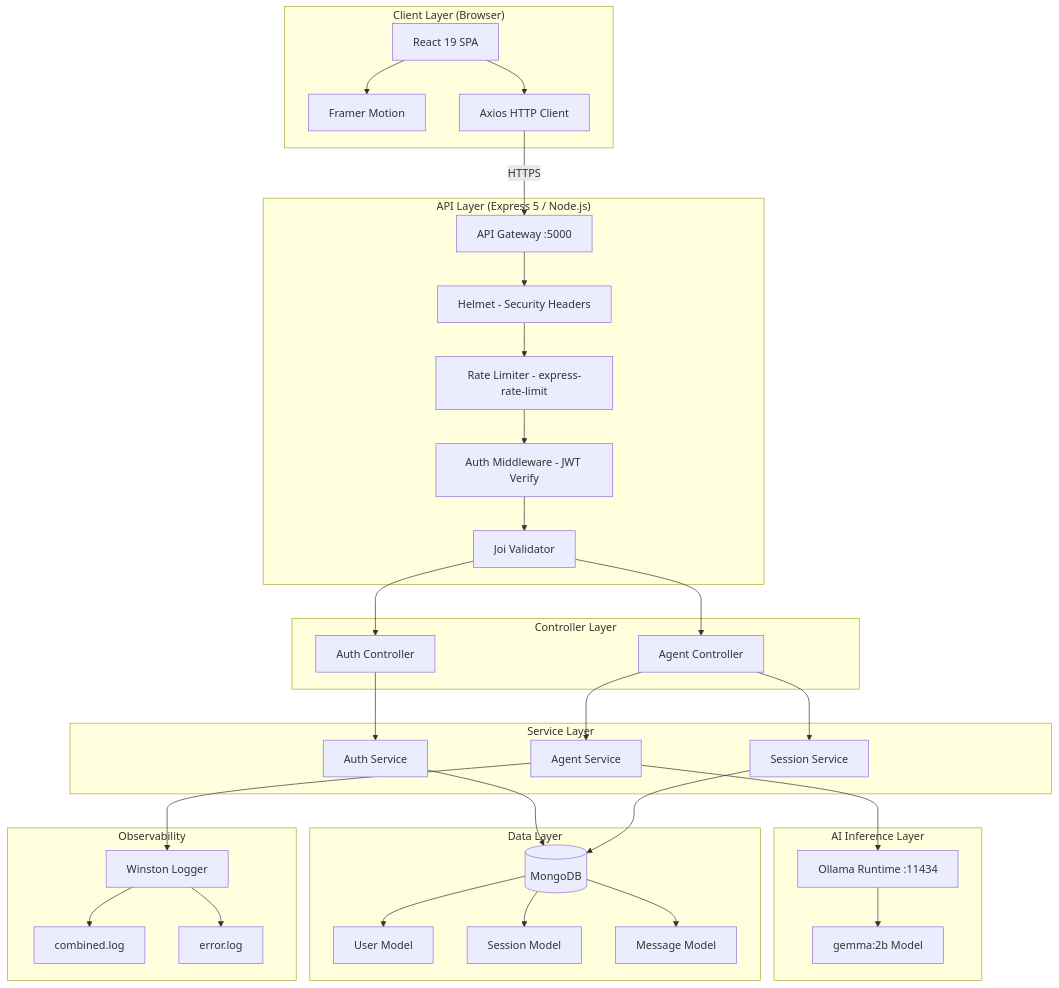
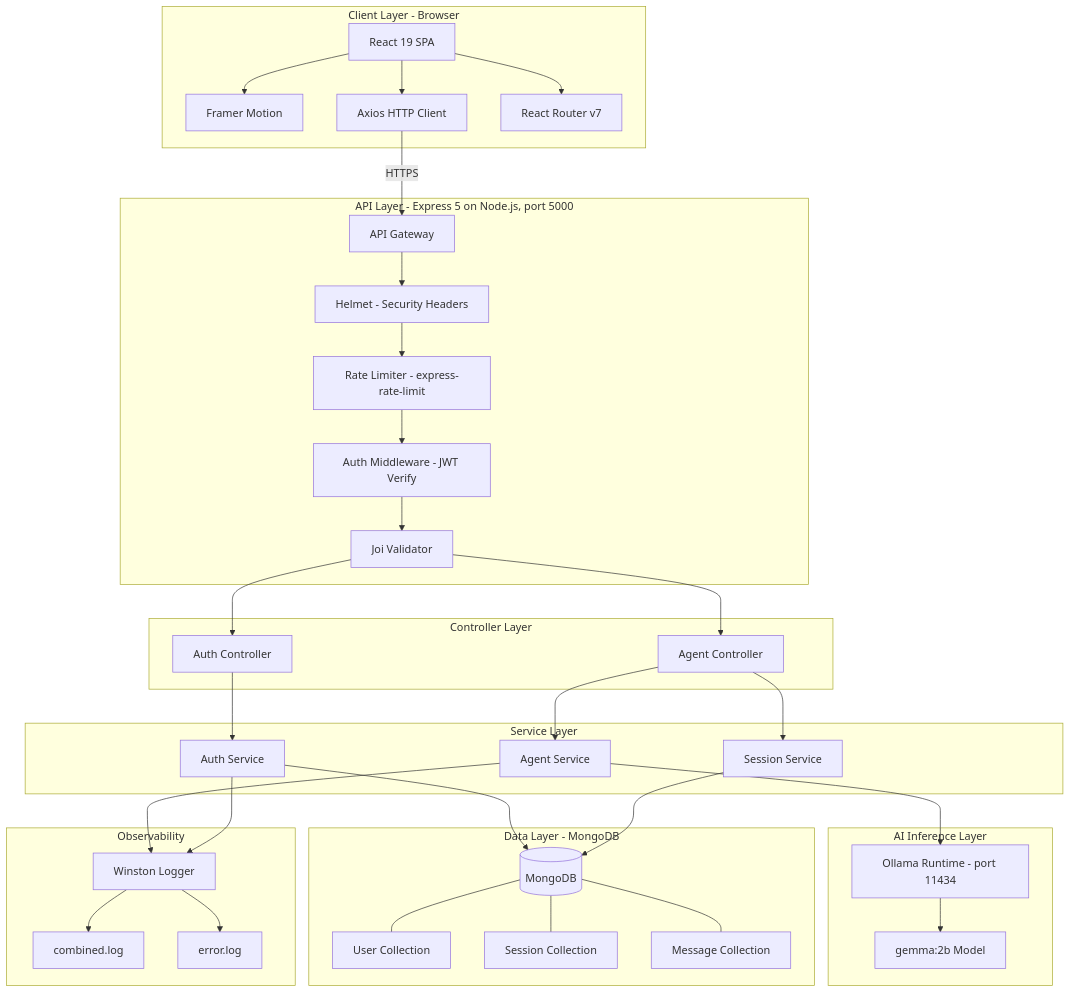
One commit to hardikkaurani/devsphere-ai changed the first of 6 diagrams in README.md. Above: the diagram before and after it, drawn with Mermaid. The commit also changed other lines of this file, not shown here.

````diff
--- a/README.md
+++ b/README.md
@@ -62,68 +87,68 @@
 ```mermaid
 graph TB
-    subgraph Client ["Client Layer (Browser)"]
+    subgraph Client [Client Layer - Browser]
         UI[React 19 SPA]
         RM[Framer Motion]
         AX[Axios HTTP Client]
+        RC[React Router v7]
         UI --> RM
         UI --> AX
+        UI --> RC
     end
 
-    subgraph API ["API Layer (Express 5 / Node.js)"]
-        GW[API Gateway :5000]
+    subgraph API [API Layer - Express 5 on Node.js, port 5000]
+        GW[API Gateway]
+        HELMET[Helmet - Security Headers]
+        RL[Rate Limiter - express-rate-limit]
         AUTH[Auth Middleware - JWT Verify]
-        RL[Rate Limiter - express-rate-limit]
-        HELMET[Helmet - Security Headers]
         VAL[Joi Validator]
-        GW --> HELMET
-        HELMET --> RL
-        RL --> AUTH
-        AUTH --> VAL
+        GW --> HELMET --> RL --> AUTH --> VAL
     end
 
-    subgraph Controllers ["Controller Layer"]
+    subgraph Controllers [Controller Layer]
         AC[Auth Controller]
         AGC[Agent Controller]
     end
 
-    subgraph Services ["Service Layer"]
+    subgraph Services [Service Layer]
         AS[Auth Service]
         AGS[Agent Service]
         SES[Session Service]
     end
 
-    subgraph AI ["AI Inference Layer"]
-        OR[Ollama Runtime :11434]
+    subgraph AI [AI Inference Layer]
+        OR[Ollama Runtime - port 11434]
         GM[gemma:2b Model]
         OR --> GM
     end
 
-    subgraph Data ["Data Layer"]
+    subgraph Data [Data Layer - MongoDB]
         MDB[(MongoDB)]
-        UM[User Model]
-        SM[Session Model]
-        MM[Message Model]
-        MDB --> UM
-        MDB --> SM
-        MDB --> MM
+        UM[User Collection]
+        SM[Session Collection]
+        MM[Message Collection]
+        MDB --- UM
+        MDB --- SM
+        MDB --- MM
     end
 
-    subgraph Logging ["Observability"]
+    subgraph Logging [Observability]
         WIN[Winston Logger]
         CL[combined.log]
         EL[error.log]
         WIN --> CL
         WIN --> EL
     end
 
     AX -->|HTTPS| GW
     VAL --> AC
     VAL --> AGC
     AC --> AS
     AGC --> AGS
     AGC --> SES
     AS --> MDB
     AGS --> OR
     SES --> MDB
     AGS --> WIN
+    AS --> WIN
 ```
````
